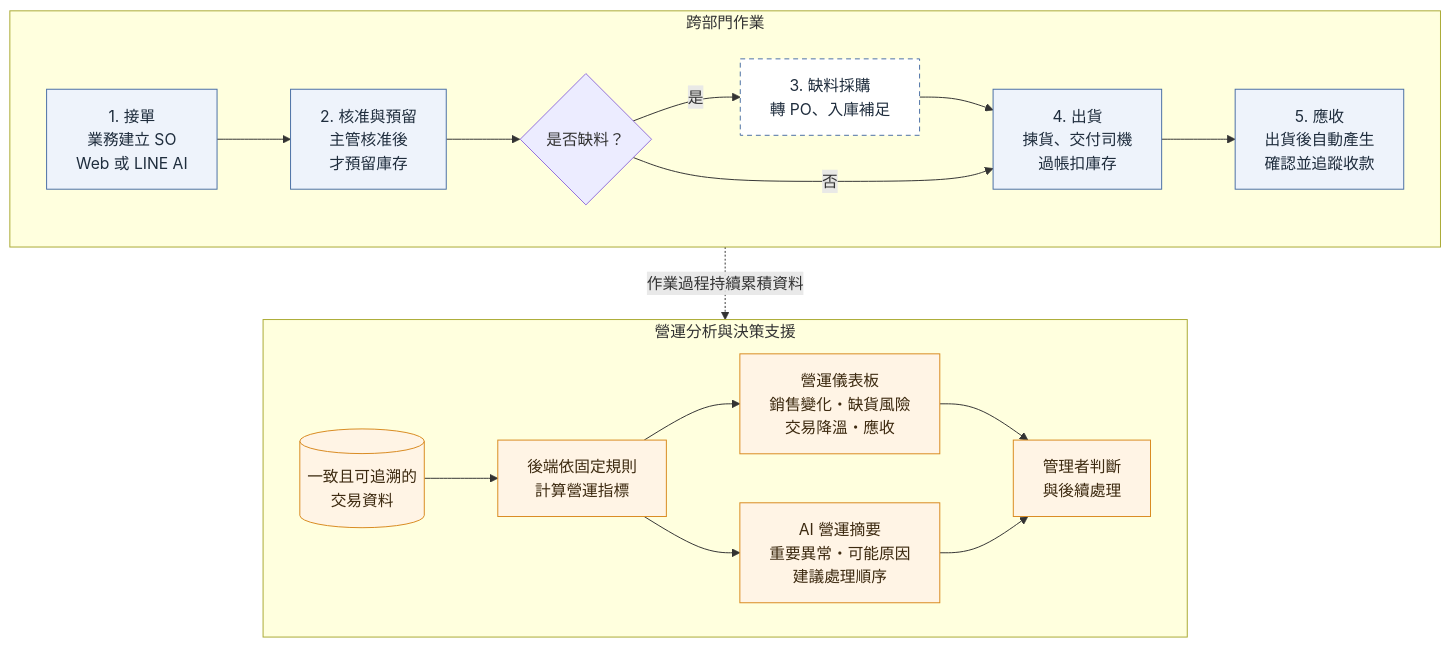
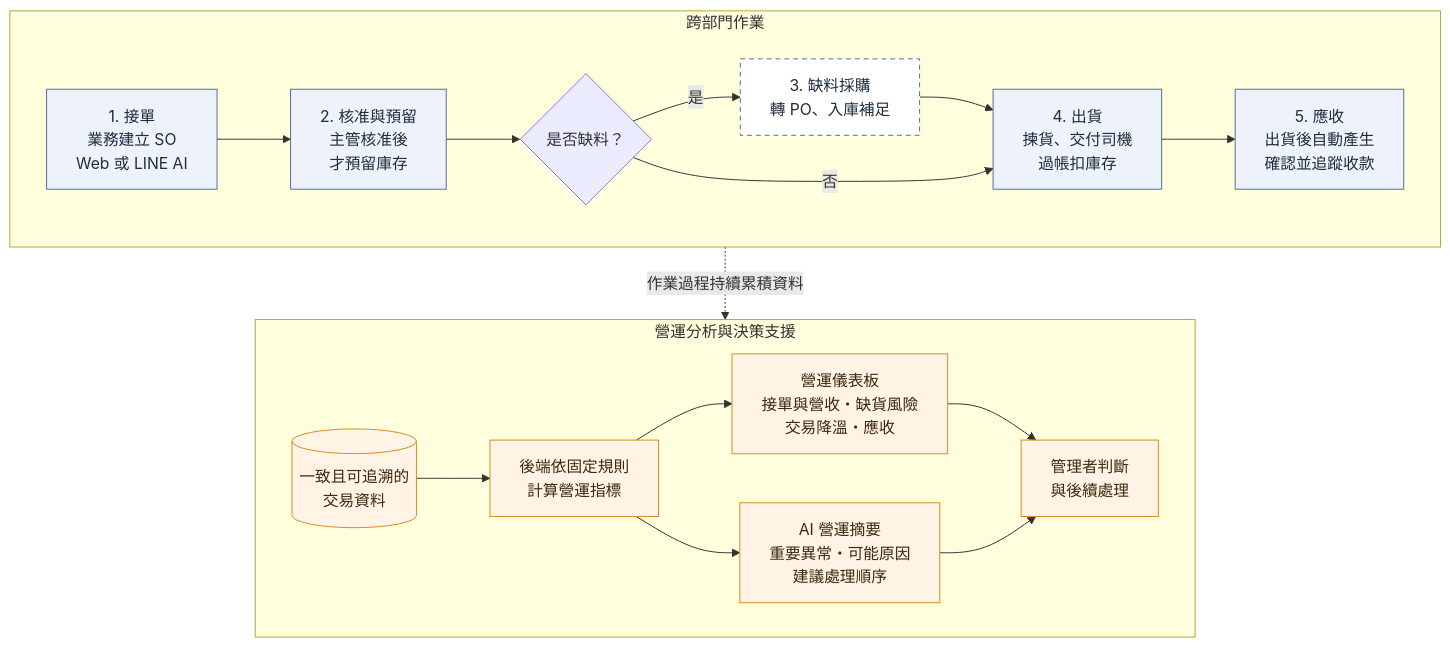
One commit to fizz123123/smart-distribution-ops changed the first of 3 diagrams in docs/02-business-processes.md. Above: the diagram before and after it, drawn with Mermaid. The commit also changed other lines of this file and 15 other files, not shown here.

````diff
--- a/docs/02-business-processes.md
+++ b/docs/02-business-processes.md
@@ -13,37 +14,37 @@
 ```mermaid
 flowchart TB
     subgraph OPS[跨部門作業]
         direction LR
         A[1. 接單<br/>業務建立 SO<br/>Web 或 LINE AI]
         B[2. 核准與預留<br/>主管核准後<br/>才預留庫存]
         CHECK{是否缺料？}
         C[3. 缺料採購<br/>轉 PO、入庫補足]
         D[4. 出貨<br/>揀貨、交付司機<br/>過帳扣庫存]
         E[5. 應收<br/>出貨後自動產生<br/>確認並追蹤收款]
         A --> B --> CHECK
         CHECK -- 是 --> C --> D
         CHECK -- 否 --> D
         D --> E
     end
 
     subgraph INSIGHT[營運分析與決策支援]
         direction LR
         DATA[(一致且可追溯的<br/>交易資料)]
         METRIC[後端依固定規則<br/>計算營運指標]
-        DASH[營運儀表板<br/>銷售變化・缺貨風險<br/>交易降溫・應收]
+        DASH[營運儀表板<br/>接單與營收・缺貨風險<br/>交易降溫・應收]
         AI[AI 營運摘要<br/>重要異常・可能原因<br/>建議處理順序]
         DECISION[管理者判斷<br/>與後續處理]
         DATA --> METRIC
         METRIC --> DASH --> DECISION
         METRIC --> AI --> DECISION
     end
 
     OPS -. 作業過程持續累積資料 .-> DATA
 
     classDef step fill:#eef3fb,stroke:#4a6fa5,color:#1f2d3d;
     classDef optional fill:#ffffff,stroke:#4a6fa5,stroke-dasharray:5 4,color:#1f2d3d;
     classDef insight fill:#fff4e5,stroke:#d98a1f,color:#3d2a10;
     class A,B,D,E step;
     class C optional;
     class DATA,METRIC,DASH,AI,DECISION insight;
 ```
````
